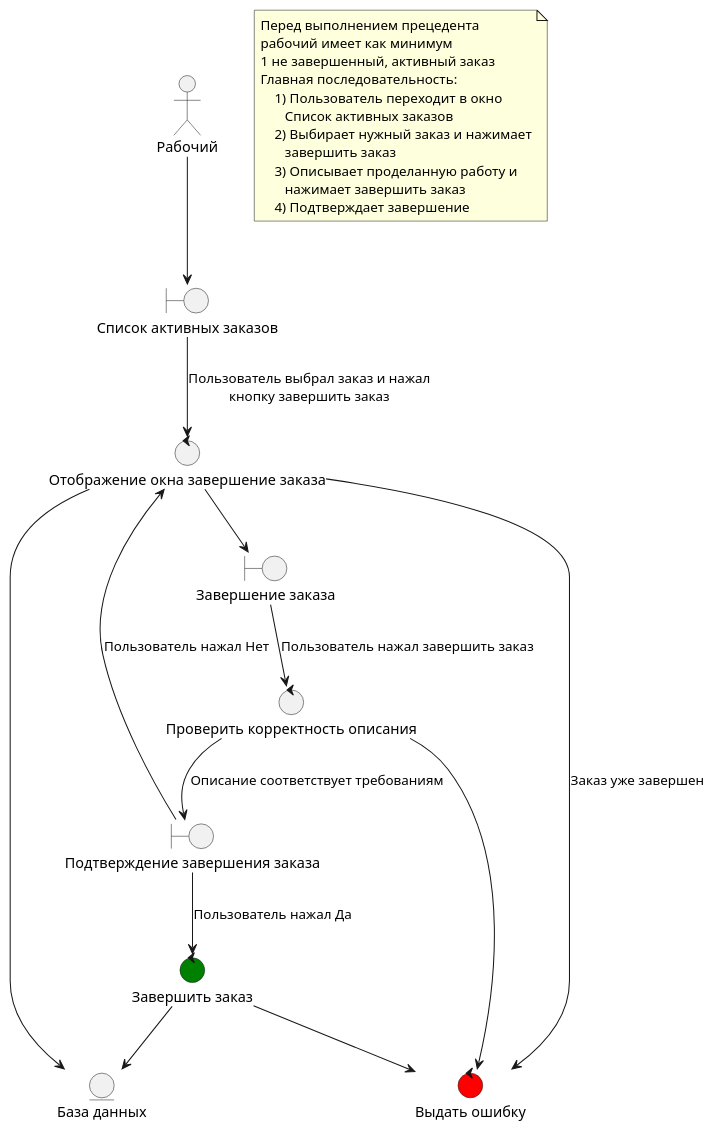
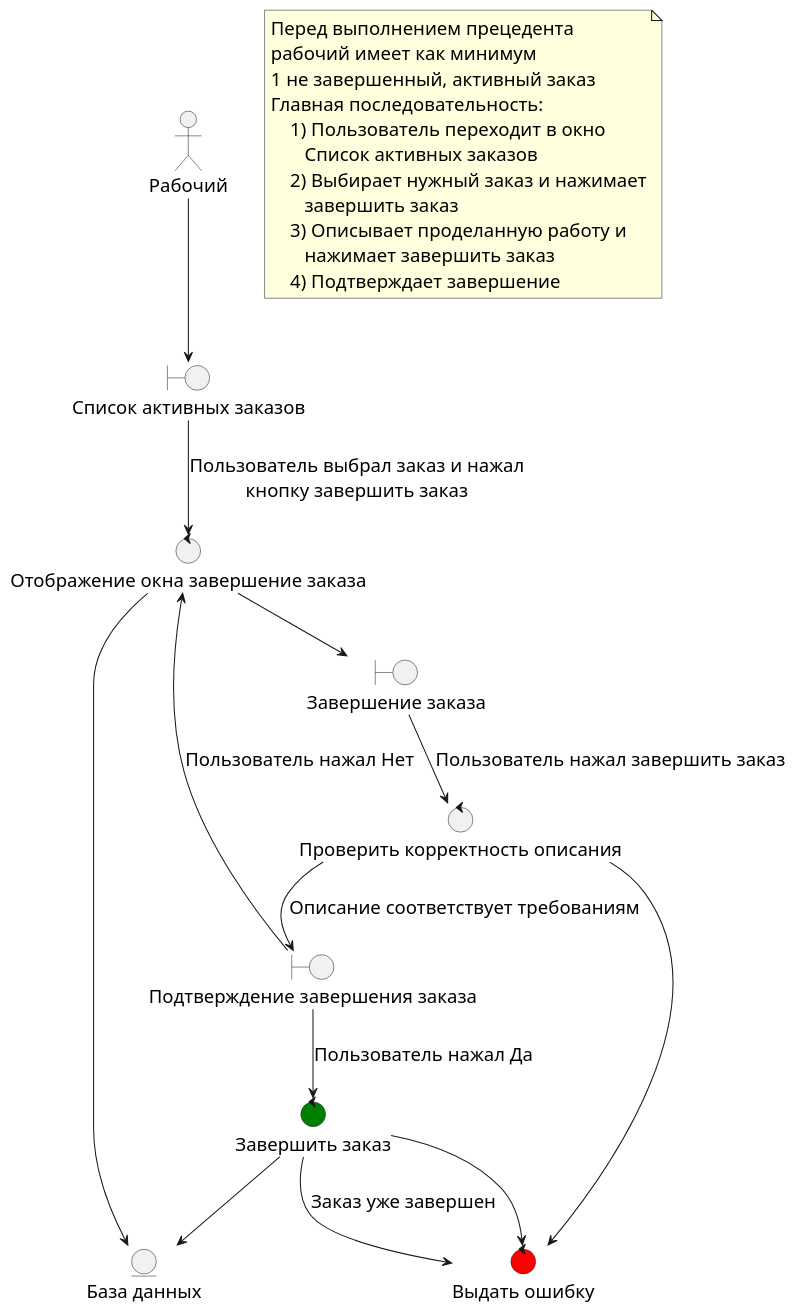
One commit to Dugers/Machine-repair changed the diagram in Diagrams/cases/complete_order.wsd. Above: the diagram before and after it, drawn with PlantUML. The commit also changed 14 other files, not shown here.

Commit message:
update diagrams style

```diff
--- a/Diagrams/cases/complete_order.wsd
+++ b/Diagrams/cases/complete_order.wsd
@@ -1,46 +1,48 @@
 @startuml complete_order_case
+
+skinparam defaultFontSize 18
 
 actor Рабочий as worker
 
 entity "База данных" as db
 
 boundary "Завершение заказа" as close_order_screen
 boundary "Список активных заказов" as active_orders_screen
 boundary "Подтверждение завершения заказа" as confirm_close_order_screen
 
 control "Отображение окна завершение заказа" as show_close_order_screen
 control "Выдать ошибку" as show_error #red
 control "Проверить корректность описания" as check_description
 control "Завершить заказ" as close_order #green
 
 active_orders_screen --> show_close_order_screen : "Пользователь выбрал заказ и нажал\nкнопку завершить заказ"
 show_close_order_screen --> close_order_screen
-show_close_order_screen --> show_error : "Заказ уже завершен"
+close_order --> show_error : "Заказ уже завершен"
 close_order_screen --> check_description : "Пользователь нажал завершить заказ"
 check_description --> confirm_close_order_screen : "Описание соответствует требованиям"
 confirm_close_order_screen --> close_order : "Пользователь нажал Да"
 check_description --> show_error
 confirm_close_order_screen --> show_close_order_screen : "Пользователь нажал Нет"
 close_order --> show_error
 
 worker --> active_orders_screen
 
 close_order --> db
 show_close_order_screen --> db
 
 note as scenario
 Перед выполнением прецедента
 рабочий имеет как минимум
 1 не завершенный, активный заказ
 Главная последовательность:
     1) Пользователь переходит в окно
        Список активных заказов
     2) Выбирает нужный заказ и нажимает
        завершить заказ
     3) Описывает проделанную работу и
        нажимает завершить заказ
     4) Подтверждает завершение
 end note
 
 
-@enduml
+@enduml 
```
